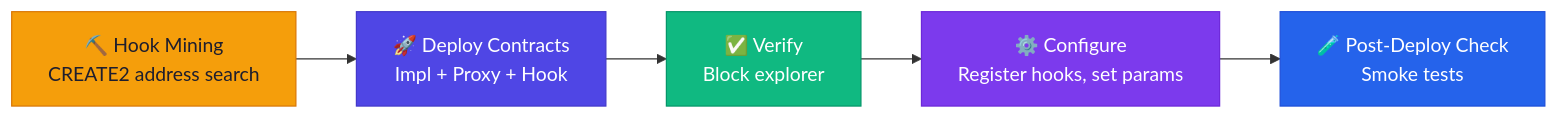
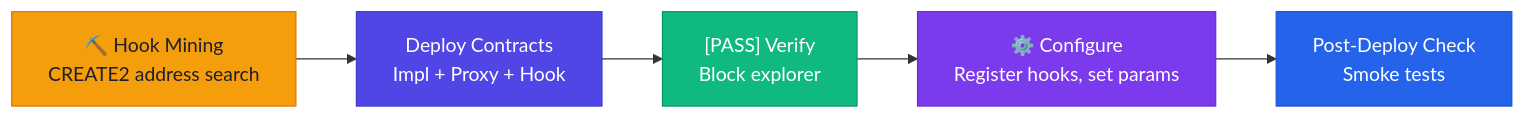
Before and after one commit to guglxni/the-fixer-hook: the diagram in docs/DEPLOYMENT.md, drawn with Mermaid. The commit also changed 15 other files, not shown here.

````diff
--- a/docs/DEPLOYMENT.md
+++ b/docs/DEPLOYMENT.md
@@ -14,13 +14,13 @@
 ```mermaid
 flowchart LR
-    Mine["⛏️ Hook Mining\nCREATE2 address search"] --> Deploy["🚀 Deploy Contracts\nImpl + Proxy + Hook"]
-    Deploy --> Verify["✅ Verify\nBlock explorer"]
+    Mine["⛏️ Hook Mining\nCREATE2 address search"] --> Deploy["Deploy Contracts\nImpl + Proxy + Hook"]
+    Deploy --> Verify["[PASS] Verify\nBlock explorer"]
     Verify --> Config["⚙️ Configure\nRegister hooks, set params"]
-    Config --> Test["🧪 Post-Deploy Check\nSmoke tests"]
+    Config --> Test["Post-Deploy Check\nSmoke tests"]
 
     style Mine fill:#F59E0B,color:#1E1E2E,stroke:#D97706
     style Deploy fill:#4F46E5,color:#FFFFFF,stroke:#4338CA
     style Verify fill:#10B981,color:#FFFFFF,stroke:#059669
     style Config fill:#7C3AED,color:#FFFFFF,stroke:#6D28D9
     style Test fill:#2563EB,color:#FFFFFF,stroke:#1D4ED8
 ```
````
